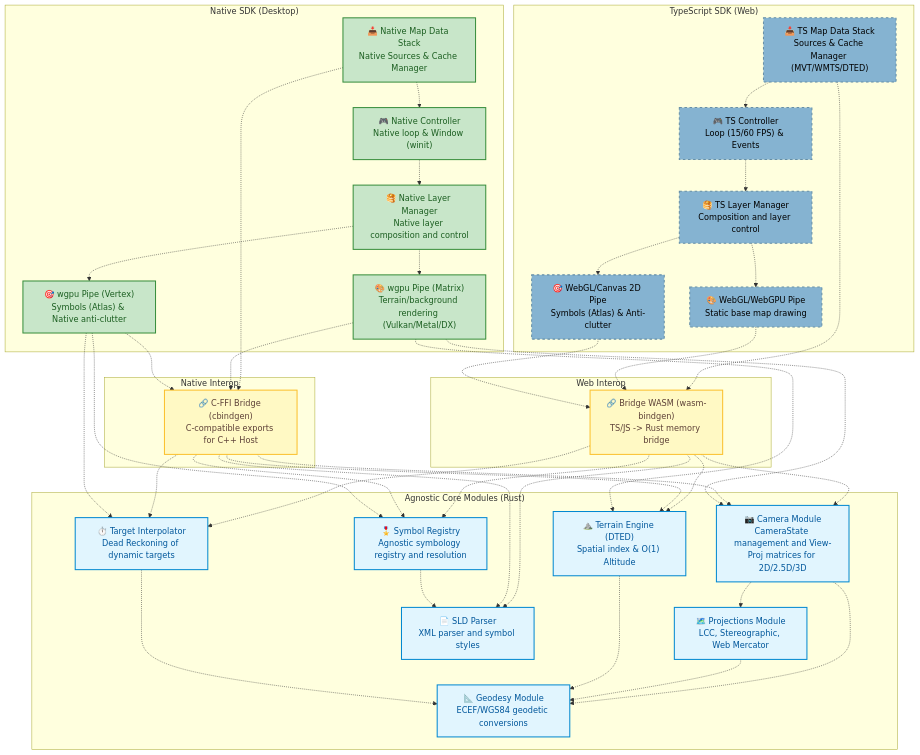
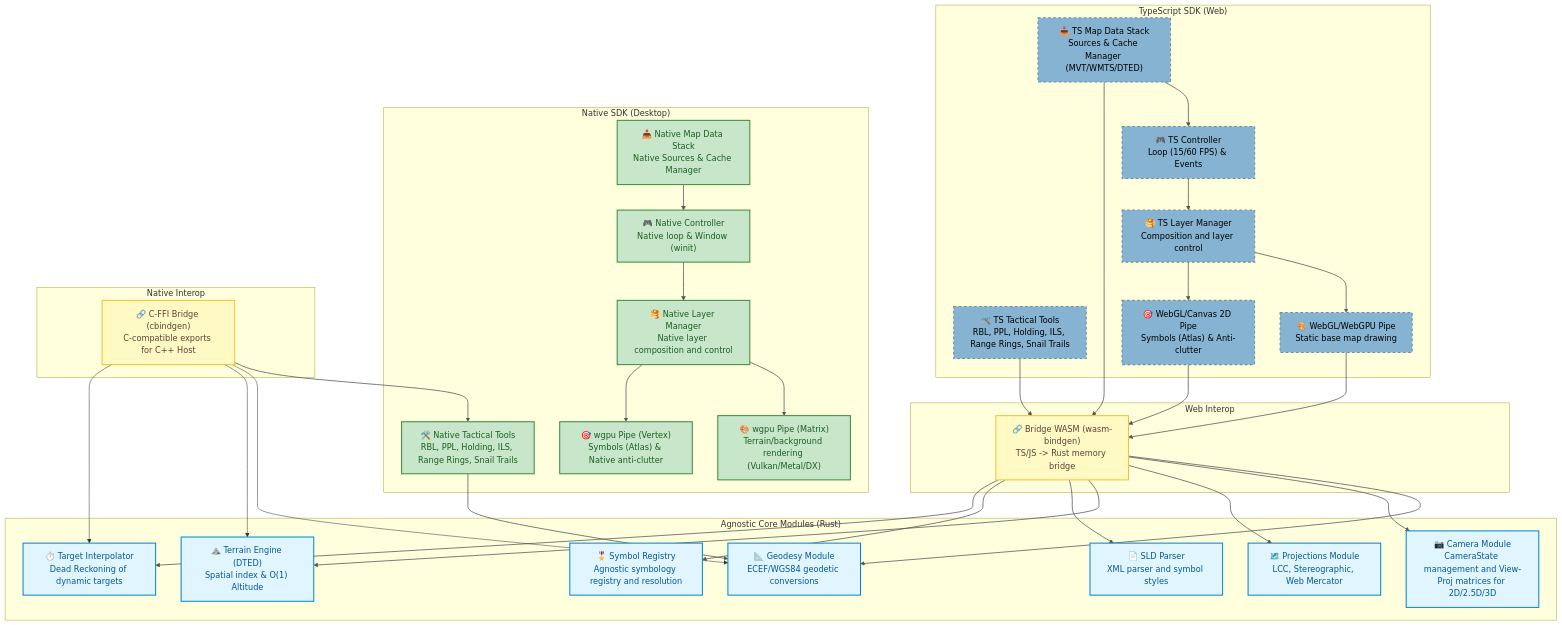
One commit to rodoni/olayer changed the third of 5 diagrams in docs/arch.md. Above: the diagram before and after it, drawn with Mermaid. The commit also changed other lines of this file and 34 other files, not shown here.

First line of the commit message:
feat(gis): implement tactical aeronautical measurement tools and data ingestion

````diff
--- a/docs/arch.md
+++ b/docs/arch.md
@@ -137,6 +137,7 @@
         ts_controller["🎮 TS Controller<br>Loop (15/60 FPS) & Events"]:::component
         ts_layer_manager["🥞 TS Layer Manager<br>Composition and layer control"]:::component
         ts_map_data_stack["📥 TS Map Data Stack<br>Sources & Cache Manager (MVT/WMTS/DTED)"]:::component
+        ts_tools["🛠️ TS Tactical Tools<br>RBL, PPL, Holding, ILS, Range Rings, Snail Trails"]:::component
         ts_gpu_pipe["🎨 WebGL/WebGPU Pipe<br>Static base map drawing"]:::component
         ts_cpu_pipe["🎯 WebGL/Canvas 2D Pipe<br>Symbols (Atlas) & Anti-clutter"]:::component
     end
@@ -149,6 +150,7 @@
         native_controller["🎮 Native Controller<br>Native loop & Window (winit)"]:::nativeComponent
         native_layer_manager["🥞 Native Layer Manager<br>Native layer composition and control"]:::nativeComponent
         native_map_data_stack["📥 Native Map Data Stack<br>Native Sources & Cache Manager"]:::nativeComponent
+        native_tools["🛠️ Native Tactical Tools<br>RBL, PPL, Holding, ILS, Range Rings, Snail Trails"]:::nativeComponent
         native_gpu_pipe["🎨 wgpu Pipe (Matrix)<br>Terrain/background rendering (Vulkan/Metal/DX)"]:::nativeComponent
         native_cpu_pipe["🎯 wgpu Pipe (Vertex)<br>Symbols (Atlas) & Native anti-clutter"]:::nativeComponent
     end
@@ -173,6 +175,7 @@
     ts_layer_manager --> ts_cpu_pipe
     ts_map_data_stack --> ts_controller
     ts_map_data_stack --> wasm_bridge
+    ts_tools --> wasm_bridge
     ts_gpu_pipe --> wasm_bridge
     ts_cpu_pipe --> wasm_bridge
 
@@ -181,37 +184,21 @@
     native_layer_manager --> native_gpu_pipe
     native_layer_manager --> native_cpu_pipe
     native_map_data_stack --> native_controller
-    native_map_data_stack --> ffi_bridge
-    native_gpu_pipe --> ffi_bridge
-    native_cpu_pipe --> ffi_bridge
-    
-    %% Internal WASM Bridge to Core
+    native_tools --> geodesy
+    ffi_bridge --> native_tools
+
+    %% Core Connections
+    wasm_bridge --> geodesy
     wasm_bridge --> camera
+    wasm_bridge --> projections
     wasm_bridge --> terrain
     wasm_bridge --> sld_parser
     wasm_bridge --> symbol_registry
     wasm_bridge --> interpolator
+    
+    ffi_bridge --> geodesy
+    ffi_bridge --> terrain
+    ffi_bridge --> interpolator
 
-    %% Internal FFI Bridge to Core
-    ffi_bridge --> camera
-    ffi_bridge --> terrain
-    ffi_bridge --> sld_parser
-    ffi_bridge --> symbol_registry
-    ffi_bridge --> interpolator
-    
-    %% Direct Rust-to-Rust (Native SDK to Core)
-    native_gpu_pipe --> camera
-    native_gpu_pipe --> terrain
-    native_cpu_pipe --> symbol_registry
-    native_cpu_pipe --> interpolator
-
-    %% Internal Rust Core Dependencies
-    camera --> geodesy
-    camera --> projections
-    projections --> geodesy
-    terrain --> geodesy
-    interpolator --> geodesy
-    symbol_registry --> sld_parser
-
-    linkStyle 0,1,2,3,4,5,6,7,8,9,10,11,12,13,14,15,16,17,18,19,20,21,22,23,24,25,26,27,28,29,30,31,32,33 stroke:#333,stroke-dasharray: 2 2;
+    linkStyle 0,1,2,3,4,5,6,7,8,9,10,11,12,13,14,15,16,17,18,19,20 stroke:#555,stroke-width:1.5px;
 ```
````
